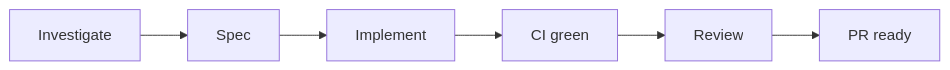
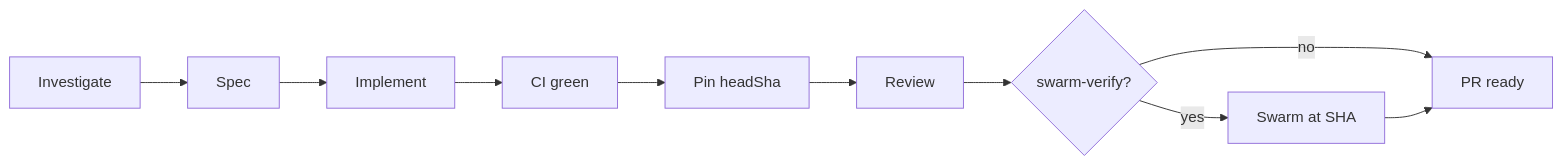
The diagram in .cursor/skills/sokosumi-linear-issue/SKILL.md (masumi-network/sokosumi), drawn with Mermaid before and after one commit. The commit also changed other lines of this file and 4 other files, not shown here.

First line of the commit message:
docs(agents): pin headSha and opt-in swarm-verify for Linear issues

````diff
--- a/.cursor/skills/sokosumi-linear-issue/SKILL.md
+++ b/.cursor/skills/sokosumi-linear-issue/SKILL.md
@@ -17,8 +18,12 @@
 ```mermaid
 flowchart LR
   inv[Investigate] --> spec[Spec]
   spec --> impl[Implement]
   impl --> ci[CI green]
-  ci --> rev[Review]
-  rev --> done[PR ready]
+  ci --> pin[Pin headSha]
+  pin --> rev[Review]
+  rev --> swarm{swarm-verify?}
+  swarm -->|no| done[PR ready]
+  swarm -->|yes| sv[Swarm at SHA]
+  sv --> done
 ```
````
